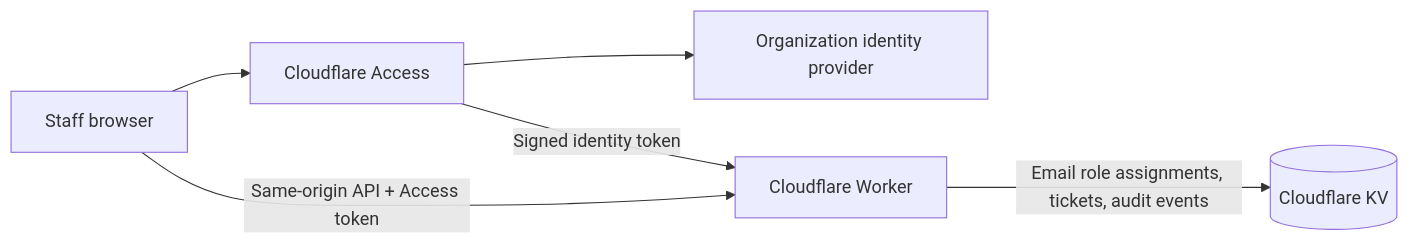
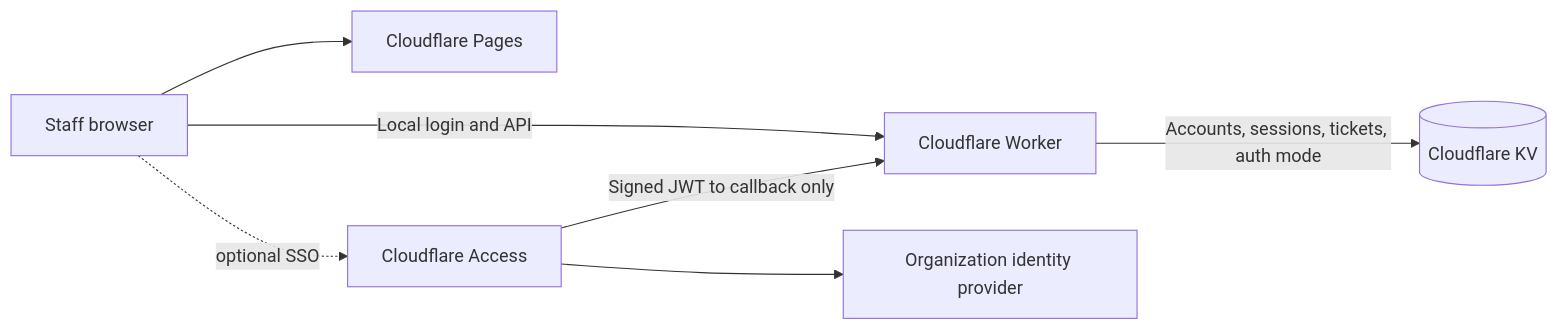
Before and after one commit to AxiumCyber/AxiumCyber-Website: the first of 4 diagrams in README.md, drawn with Mermaid. The commit also changed other lines of this file and 3 other files, not shown here.

````diff
--- a/README.md
+++ b/README.md
@@ -9,8 +9,9 @@
 ```mermaid
 flowchart LR
-		Browser[Staff browser] --> Access[Cloudflare Access]
-		Access --> IdP[Organization identity provider]
-		Access -->|Signed identity token| Worker[Cloudflare Worker]
-		Browser -->|Same-origin API + Access token| Worker
-		Worker -->|Email role assignments, tickets, audit events| KV[(Cloudflare KV)]
+    Browser[Staff browser] --> Pages[Cloudflare Pages]
+    Browser -->|Local login and API| Worker[Cloudflare Worker]
+    Worker -->|Accounts, sessions, tickets, auth mode| KV[(Cloudflare KV)]
+    Browser -. optional SSO .-> Access[Cloudflare Access]
+    Access --> IdP[Organization identity provider]
+    Access -->|Signed JWT to callback only| Worker
 ```
````
